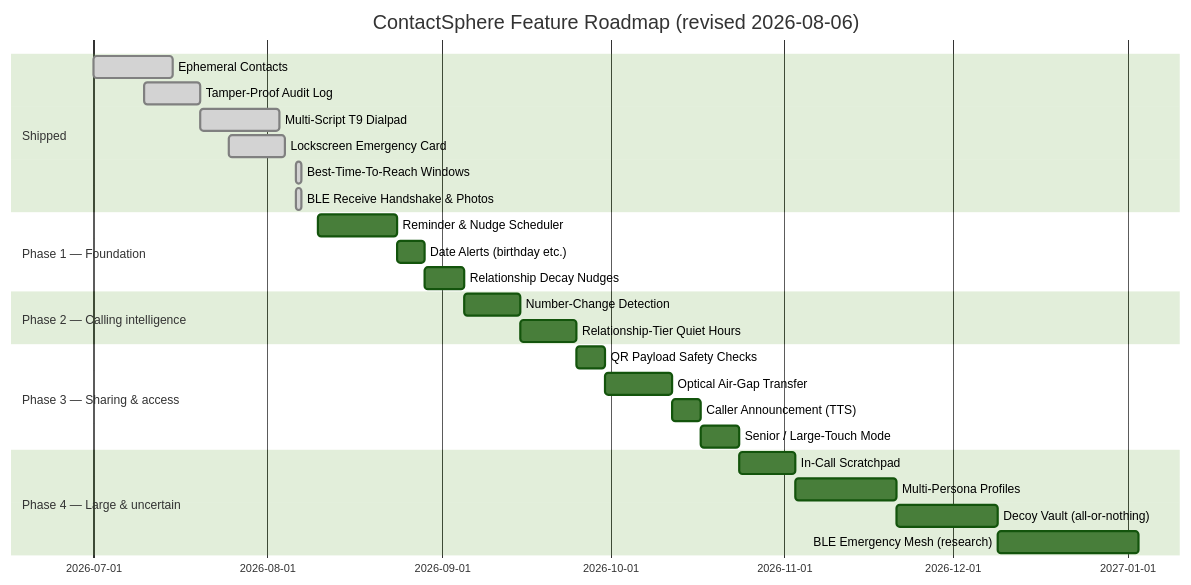
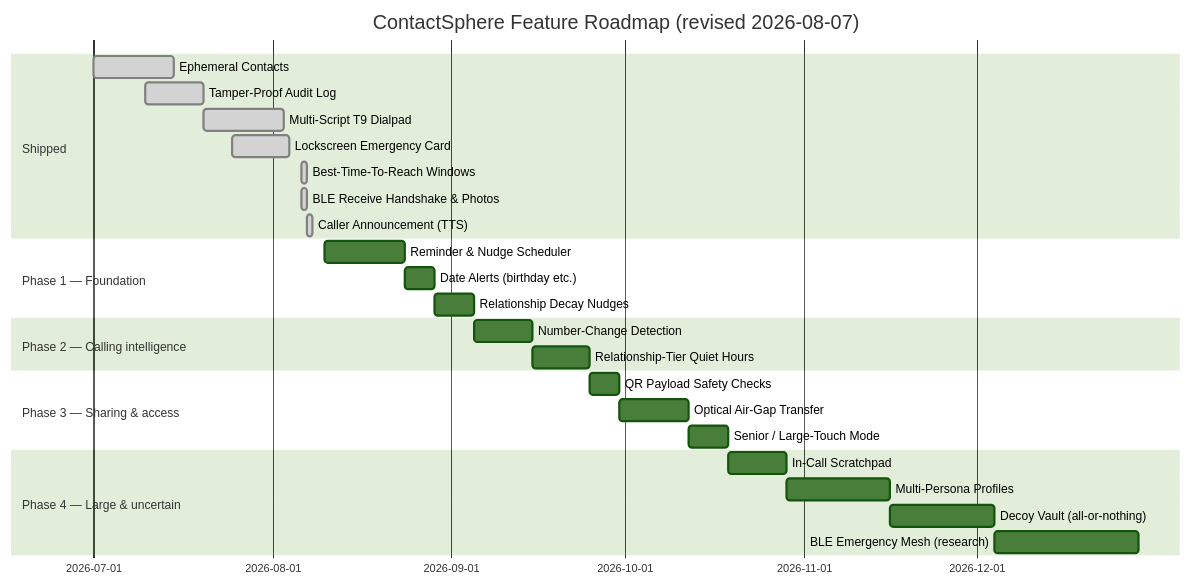
Before and after one commit to sreerajp80/SreerajPContactSphere: the diagram in docs/feature_analysis_and_roadmap.md, drawn with Mermaid (forest theme). The commit also changed other lines of this file and 85 other files, not shown here.

````diff
--- a/docs/feature_analysis_and_roadmap.md
+++ b/docs/feature_analysis_and_roadmap.md
@@ -329,29 +300,29 @@
 ```mermaid
 gantt
-    title ContactSphere Feature Roadmap (revised 2026-08-06)
+    title ContactSphere Feature Roadmap (revised 2026-08-07)
     dateFormat  YYYY-MM-DD
     section Shipped
     Ephemeral Contacts               :done, s1, 2026-07-01, 14d
     Tamper-Proof Audit Log           :done, s2, 2026-07-10, 10d
     Multi-Script T9 Dialpad          :done, s3, 2026-07-20, 14d
     Lockscreen Emergency Card        :done, s4, 2026-07-25, 10d
     Best-Time-To-Reach Windows       :done, s5, 2026-08-06, 1d
     BLE Receive Handshake & Photos   :done, s6, 2026-08-06, 1d
+    Caller Announcement (TTS)        :done, s7, 2026-08-07, 1d
     section Phase 1 — Foundation
     Reminder & Nudge Scheduler       :p1_1, 2026-08-10, 14d
     Date Alerts (birthday etc.)      :p1_2, after p1_1, 5d
     Relationship Decay Nudges        :p1_3, after p1_2, 7d
     section Phase 2 — Calling intelligence
     Number-Change Detection          :p2_2, after p1_3, 10d
     Relationship-Tier Quiet Hours    :p2_3, after p2_2, 10d
     section Phase 3 — Sharing & access
     QR Payload Safety Checks         :p3_1, after p2_3, 5d
     Optical Air-Gap Transfer         :p3_2, after p3_1, 12d
-    Caller Announcement (TTS)        :p3_4, after p3_2, 5d
-    Senior / Large-Touch Mode        :p3_5, after p3_4, 7d
+    Senior / Large-Touch Mode        :p3_5, after p3_2, 7d
     section Phase 4 — Large & uncertain
     In-Call Scratchpad               :p4_1, after p3_5, 10d
     Multi-Persona Profiles           :p4_2, after p4_1, 18d
     Decoy Vault (all-or-nothing)     :p4_3, after p4_2, 18d
     BLE Emergency Mesh (research)    :p4_4, after p4_3, 25d
 ```
````
